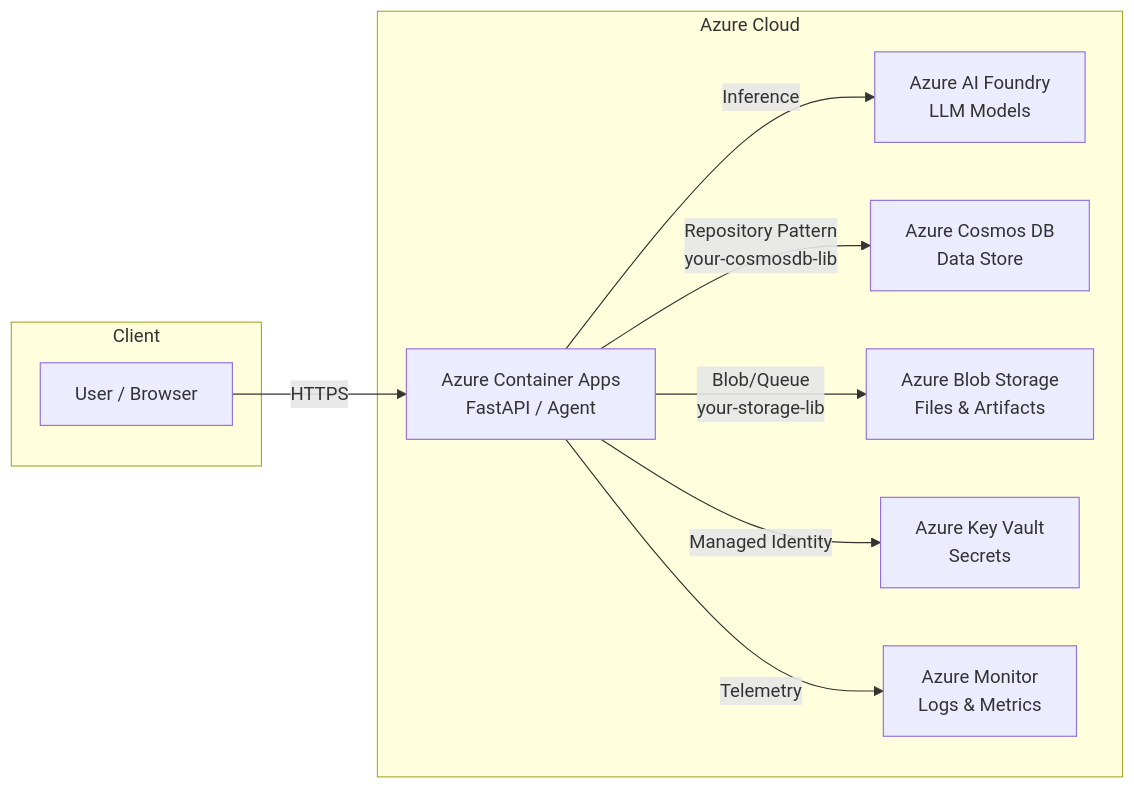
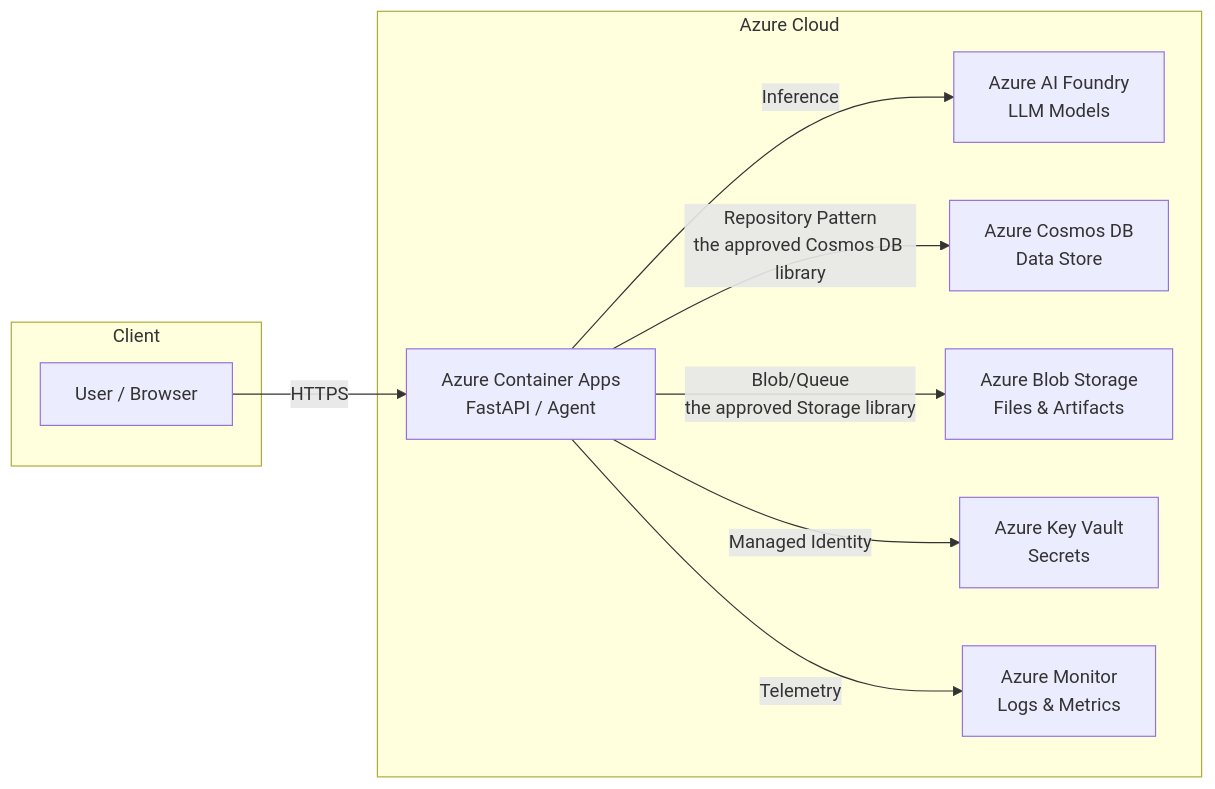
One commit to Dongbumlee/sdlc-harness changed the diagram in .design/README.template.md. Above: the diagram before and after it, drawn with Mermaid. The commit also changed other lines of this file and 60 other files, not shown here.

````diff
--- a/.design/README.template.md
+++ b/.design/README.template.md
@@ -52,22 +52,22 @@
 ```mermaid
 flowchart LR
     subgraph Client
         A[User / Browser]
     end
 
     subgraph Azure["Azure Cloud"]
         B[Azure Container Apps<br/>FastAPI / Agent]
         C[Azure AI Foundry<br/>LLM Models]
         D[Azure Cosmos DB<br/>Data Store]
         E[Azure Blob Storage<br/>Files & Artifacts]
         F[Azure Key Vault<br/>Secrets]
         G[Azure Monitor<br/>Logs & Metrics]
     end
 
     A -->|HTTPS| B
     B -->|Inference| C
-    B -->|Repository Pattern<br/>your-cosmosdb-lib| D
-    B -->|Blob/Queue<br/>your-storage-lib| E
+    B -->|Repository Pattern<br/>the approved Cosmos DB library| D
+    B -->|Blob/Queue<br/>the approved Storage library| E
     B -->|Managed Identity| F
     B -->|Telemetry| G
 ```
````
